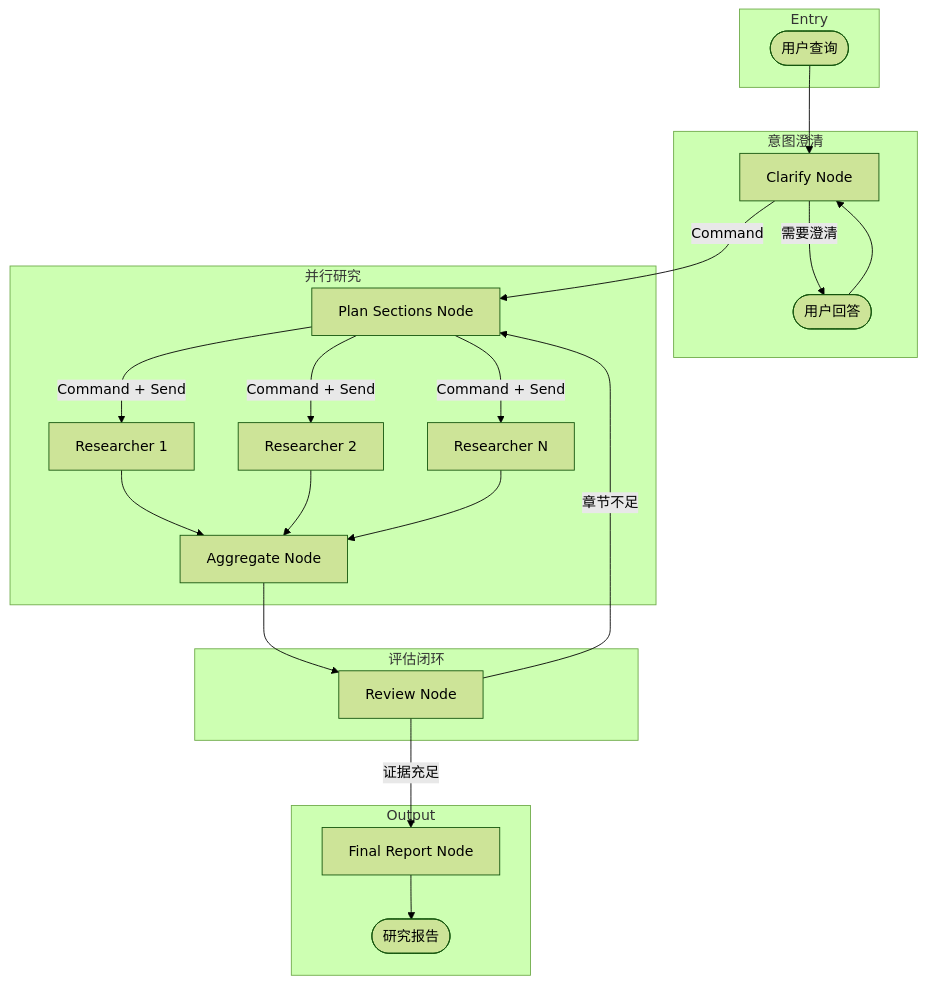
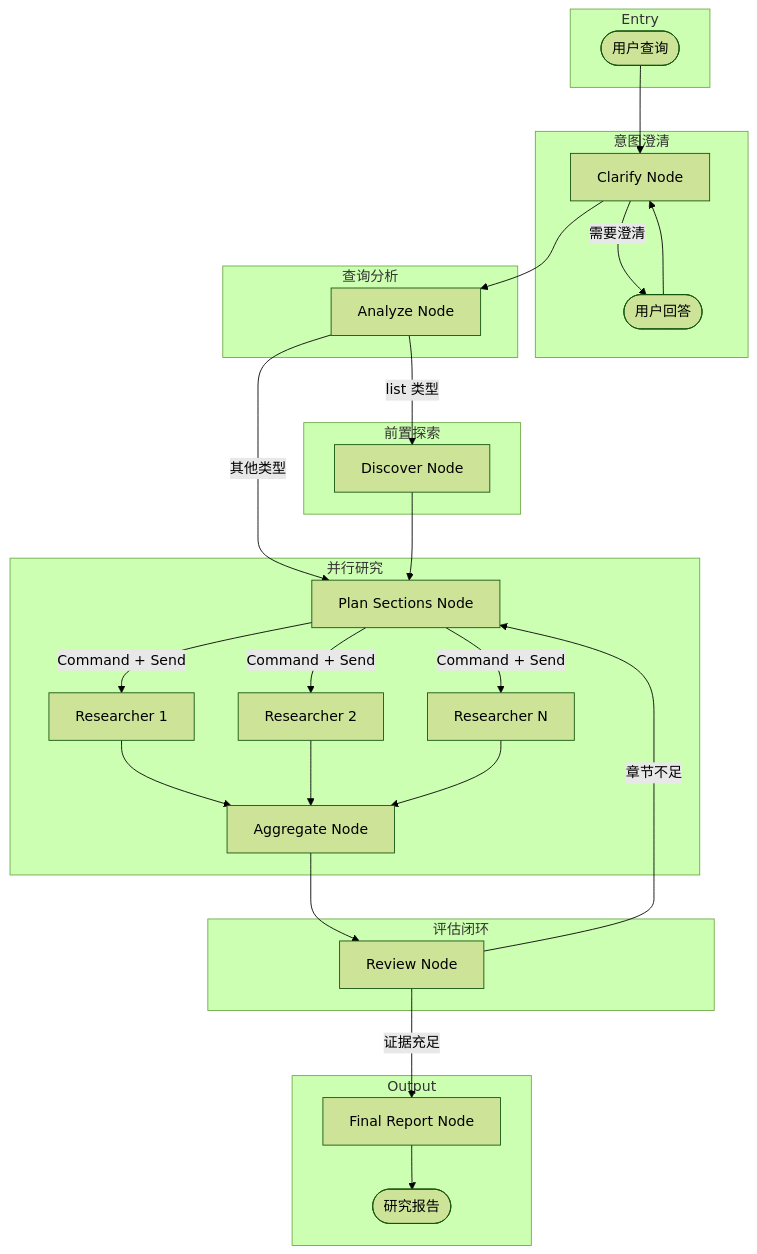
One commit to JasonHZS/research-agent changed the diagram in README.md. Above: the diagram before and after it, drawn with Mermaid (forest theme). The commit also changed other lines of this file and 19 other files, not shown here.

````diff
--- a/README.md
+++ b/README.md
@@ -65,44 +71,55 @@
 ```mermaid
 graph TB
     subgraph entry [Entry]
         Start([用户查询])
     end
 
-    subgraph clarify_loop [意图澄清]
+    subgraph clarify_phase [意图澄清]
         Clarify[Clarify Node]
         UserInput([用户回答])
         Clarify -->|需要澄清| UserInput
         UserInput --> Clarify
+    end
+
+    subgraph analyze_phase [查询分析]
+        Analyze[Analyze Node]
+    end
+
+    subgraph discovery_phase [前置探索]
+        Discover[Discover Node]
     end
 
     subgraph parallel [并行研究]
         Plan[Plan Sections Node]
         R1[Researcher 1]
         R2[Researcher 2]
         RN[Researcher N]
         Aggregate[Aggregate Node]
 
         Plan -->|Command + Send| R1
         Plan -->|Command + Send| R2
         Plan -->|Command + Send| RN
         R1 --> Aggregate
         R2 --> Aggregate
         RN --> Aggregate
     end
 
     subgraph review_loop [评估闭环]
         Review[Review Node]
         Review -->|章节不足| Plan
     end
 
     subgraph output [Output]
         Report[Final Report Node]
         Final([研究报告])
     end
 
     Start --> Clarify
-    Clarify -->|Command| Plan
+    Clarify --> Analyze
+    Analyze -->|list 类型| Discover
+    Analyze -->|其他类型| Plan
+    Discover --> Plan
     Aggregate --> Review
     Review -->|证据充足| Report
     Report --> Final
 ```
````
